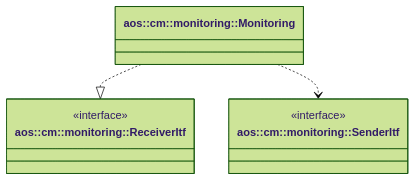
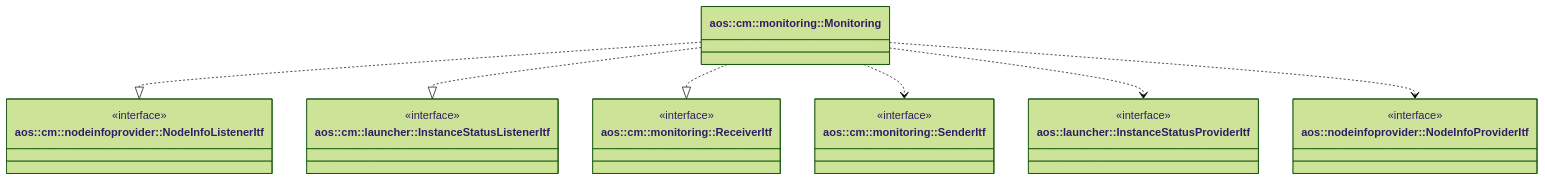
One commit to aosedge/aos_core_lib_cpp changed the diagram in src/core/cm/monitoring/monitoring.md. Above: the diagram before and after it, drawn with Mermaid (forest theme). The commit also changed other lines of this file, not shown here.

Commit message:
cm: monitoring: update documentation

````diff
--- a/src/core/cm/monitoring/monitoring.md
+++ b/src/core/cm/monitoring/monitoring.md
@@ -13,17 +21,36 @@
 ```mermaid
 classDiagram
+    class NodeInfoListenerItf ["aos::cm::nodeinfoprovider::NodeInfoListenerItf"] {
+        <<interface>>
+    }
+
+    class NodeInfoProviderItf ["aos::nodeinfoprovider::NodeInfoProviderItf"] {
+        <<interface>>
+    }
+
+    class InstanceStatusListenerItf ["aos::cm::launcher::InstanceStatusListenerItf"] {
+        <<interface>>
+    }
+
+    class InstanceStatusProviderItf ["aos::launcher::InstanceStatusProviderItf"] {
+        <<interface>>
+    }
+
     class Monitoring ["aos::cm::monitoring::Monitoring"] {
     }
 
     class ReceiverItf ["aos::cm::monitoring::ReceiverItf"] {
         <<interface>>
     }
 
     class SenderItf ["aos::cm::monitoring::SenderItf"] {
         <<interface>>
     }
 
+    Monitoring ..|> NodeInfoListenerItf
+    Monitoring ..|> InstanceStatusListenerItf
     Monitoring ..|> ReceiverItf
-
     Monitoring ..> SenderItf
+    Monitoring ..> InstanceStatusProviderItf
+    Monitoring ..> NodeInfoProviderItf
 ```
````
